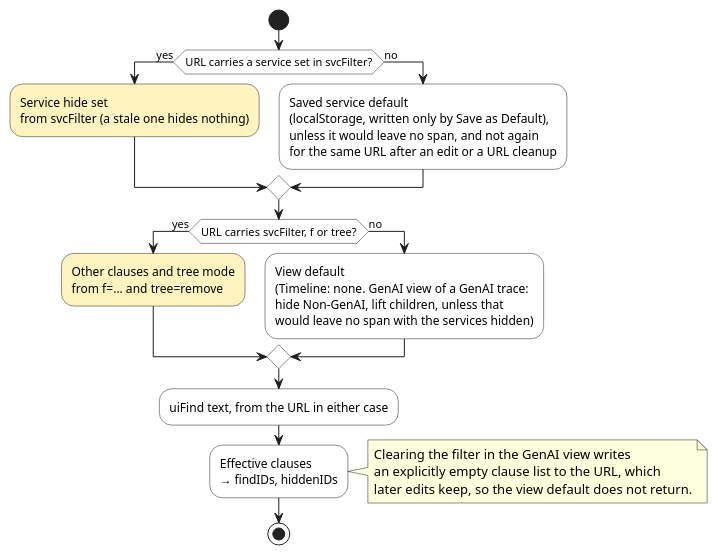
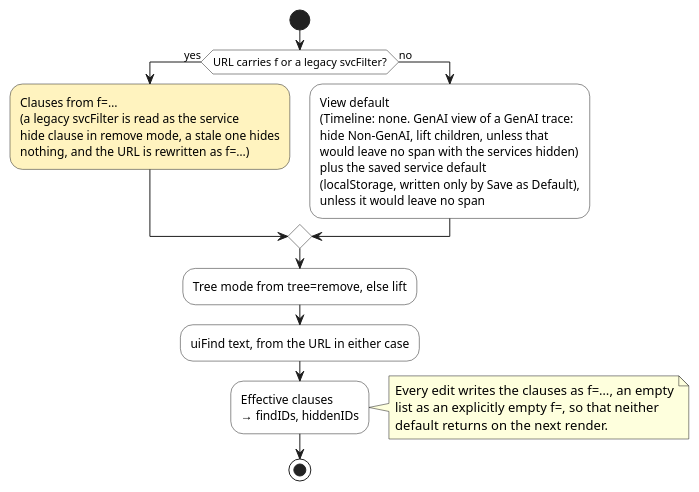
Before and after one commit to jaegertracing/jaeger-ui: the diagram in docs/rfc/0009/precedence.puml, drawn with PlantUML. The commit also changed 2 other files, not shown here.

Commit message:
docs(rfc): Carry the service hide set in f and read svcFilter as legacy
Every chip is one f parameter, so the URL can say that no service is
hidden and the saved default applies only while the URL states no
filter. A svcFilter link is read in remove mode, the mode it was written
under, and rewritten as f, so that an existing link renders as it did.

```diff
--- a/docs/rfc/0009/precedence.puml
+++ b/docs/rfc/0009/precedence.puml
@@ -2,36 +2,33 @@
 @startuml
 skinparam shadowing false
 skinparam defaultFontName Helvetica
 skinparam ActivityBackgroundColor #ffffff
 skinparam ActivityBorderColor #1e1e1e
 skinparam ArrowColor #1e1e1e
 
 start
-if (URL carries a service set in svcFilter?) then (yes)
-  #fff3bf:Service hide set
-  from svcFilter (a stale one hides nothing);
-else (no)
-  :Saved service default
-  (localStorage, written only by Save as Default),
-  unless it would leave no span, and not again
-  for the same URL after an edit or a URL cleanup;
-endif
-if (URL carries svcFilter, f or tree?) then (yes)
-  #fff3bf:Other clauses and tree mode
-  from f=… and tree=remove;
+if (URL carries f or a legacy svcFilter?) then (yes)
+  #fff3bf:Clauses from f=…
+  (a legacy svcFilter is read as the service
+  hide clause in remove mode, a stale one hides
+  nothing, and the URL is rewritten as f=…);
 else (no)
   :View default
   (Timeline: none. GenAI view of a GenAI trace:
   hide Non-GenAI, lift children, unless that
-  would leave no span with the services hidden);
+  would leave no span with the services hidden)
+  plus the saved service default
+  (localStorage, written only by Save as Default),
+  unless it would leave no span;
 endif
+:Tree mode from tree=remove, else lift;
 :uiFind text, from the URL in either case;
 :Effective clauses
 → findIDs, hiddenIDs;
 note right
-  Clearing the filter in the GenAI view writes
-  an explicitly empty clause list to the URL, which
-  later edits keep, so the view default does not return.
+  Every edit writes the clauses as f=…, an empty
+  list as an explicitly empty f=, so that neither
+  default returns on the next render.
 end note
 stop
 @enduml
```
